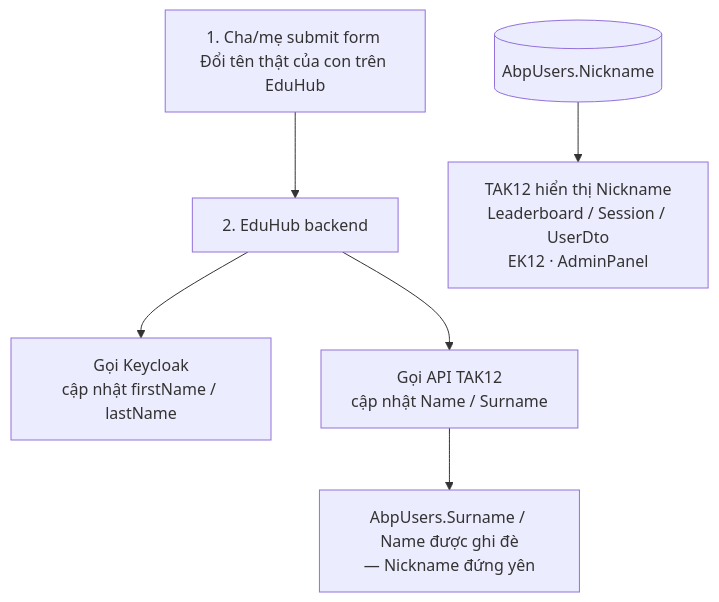
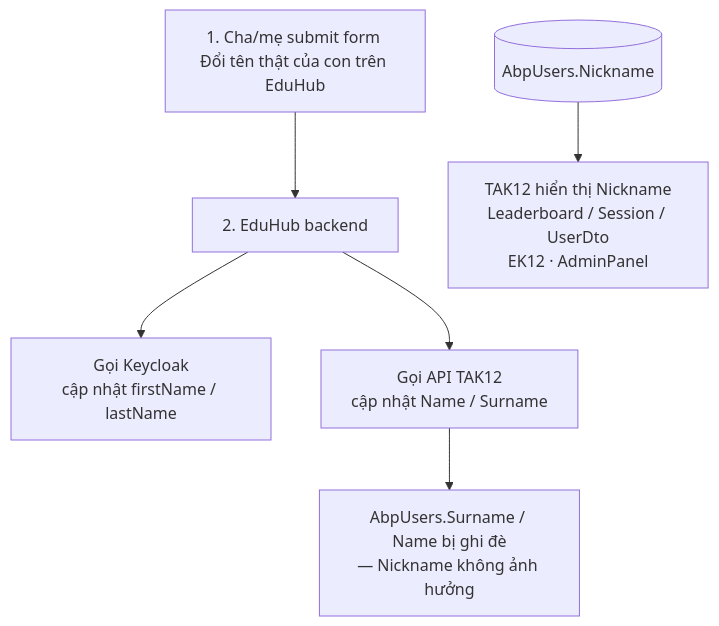
The first of 2 diagrams in user-nickname-migration.md (riddle-bash/tak12-eduhub-consent-flow), drawn with Mermaid before and after one commit.

````diff
--- a/user-nickname-migration.md
+++ b/user-nickname-migration.md
@@ -11,9 +11,9 @@
 ```mermaid
 flowchart TD
     P[1. Cha/mẹ submit form Đổi tên thật của con trên EduHub] --> BE[2. EduHub backend]
     BE --> KC[Gọi Keycloak<br/>cập nhật firstName / lastName]
     BE --> TK[Gọi API TAK12<br/>cập nhật Name / Surname]
-    TK --> SN[AbpUsers.Surname / Name được ghi đè<br/>— Nickname đứng yên]
+    TK --> SN[AbpUsers.Surname / Name bị ghi đè<br/>— Nickname không ảnh hưởng]
 
     NK[(AbpUsers.Nickname)] --> UI[TAK12 hiển thị Nickname<br/>Leaderboard / Session / UserDto<br/>EK12 · AdminPanel]
 ```
````
